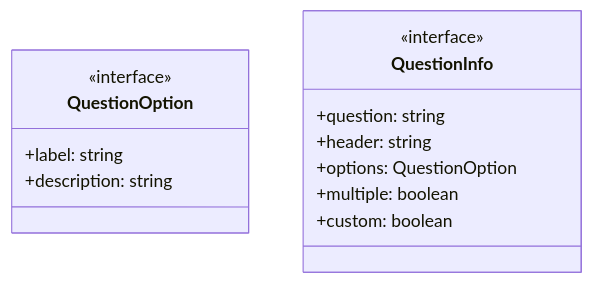
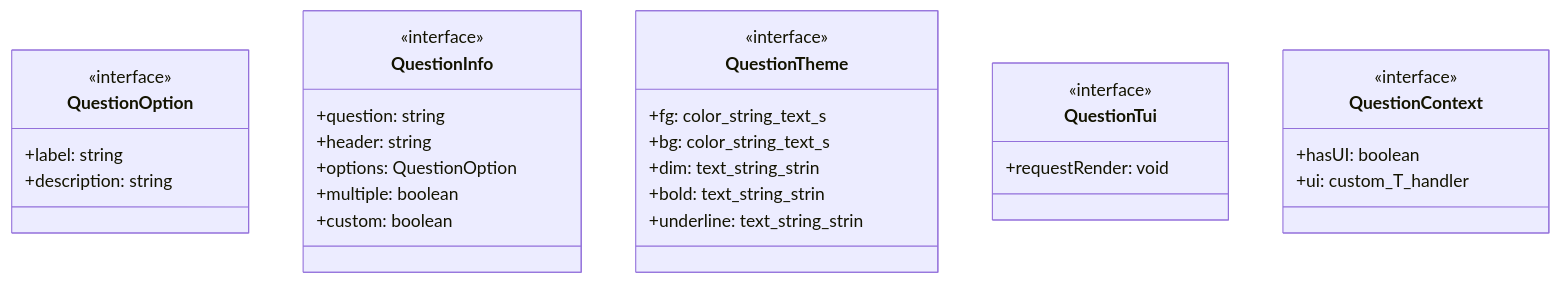
The second of 4 diagrams in ABDD/.pi/extensions/question.md (Mekann2904/mekann), drawn with Mermaid before and after one commit. The commit also changed other lines of this file and 257 other files, not shown here.

````diff
--- a/ABDD/.pi/extensions/question.md
+++ b/ABDD/.pi/extensions/question.md
@@ -86,16 +87,33 @@
 ```mermaid
 classDiagram
   class QuestionOption {
     <<interface>>
     +label: string
     +description: string
   }
   class QuestionInfo {
     <<interface>>
     +question: string
     +header: string
     +options: QuestionOption
     +multiple: boolean
     +custom: boolean
   }
+  class QuestionTheme {
+    <<interface>>
+    +fg: color_string_text_s
+    +bg: color_string_text_s
+    +dim: text_string_strin
+    +bold: text_string_strin
+    +underline: text_string_strin
+  }
+  class QuestionTui {
+    <<interface>>
+    +requestRender: void
+  }
+  class QuestionContext {
+    <<interface>>
+    +hasUI: boolean
+    +ui: custom_T_handler
+  }
 ```
````
